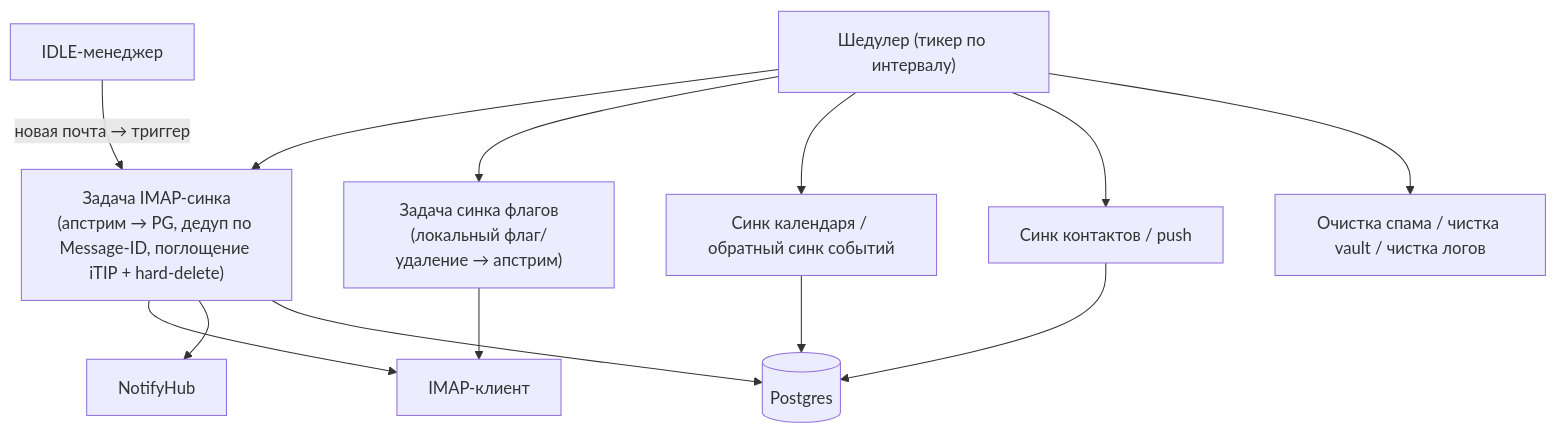
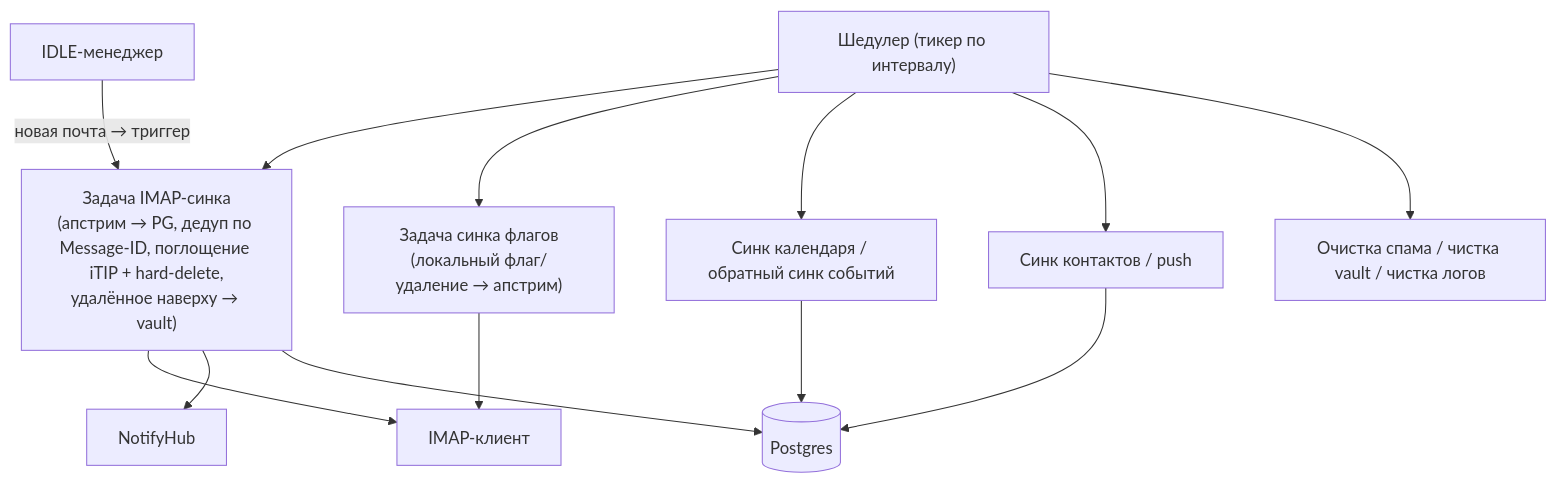
One commit to ddletotam/ddmailserver changed the fourth of 5 diagrams in docs/architecture-c4.md. Above: the diagram before and after it, drawn with Mermaid. The commit also changed 16 other files, not shown here.

````diff
--- a/docs/architecture-c4.md
+++ b/docs/architecture-c4.md
@@ -149,21 +149,21 @@
 ```mermaid
 graph TD
     sched["Шедулер (тикер по интервалу)"]
     idlem["IDLE-менеджер"]
-    t1["Задача IMAP-синка<br/>(апстрим → PG, дедуп по Message-ID, поглощение iTIP + hard-delete)"]
+    t1["Задача IMAP-синка<br/>(апстрим → PG, дедуп по Message-ID, поглощение iTIP + hard-delete,<br/>удалённое наверху → vault)"]
     t2["Задача синка флагов<br/>(локальный флаг/удаление → апстрим)"]
     t3["Синк календаря / обратный синк событий"]
     t4["Синк контактов / push"]
     t5["Очистка спама / чистка vault / чистка логов"]
     imapc["IMAP-клиент"]
     hub["NotifyHub"]
 
     sched --> t1 & t2 & t3 & t4 & t5
     idlem -->|"новая почта → триггер"| t1
     t1 --> imapc
     t1 --> hub
     t1 --> pg[("Postgres")]
     t2 --> imapc
     t3 --> pg
     t4 --> pg
 ```
````
